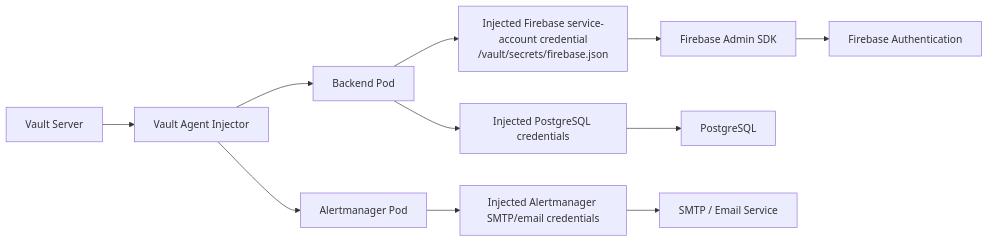
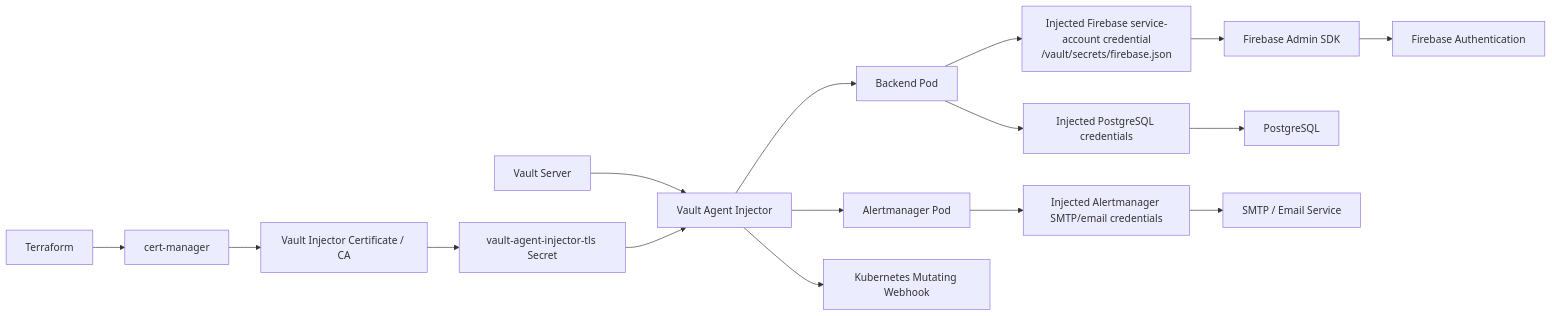
Before and after one commit to chaos-MK/ApplicationBib: the fourth of 9 diagrams in docs/threat-model/threat-model.md, drawn with Mermaid. The commit also changed other lines of this file, not shown here.

Commit message:
docs(architecture): add cert-manager to vault injector architecture

````diff
--- a/docs/threat-model/threat-model.md
+++ b/docs/threat-model/threat-model.md
@@ -573,17 +596,24 @@
 ```mermaid
 flowchart LR
     V[Vault Server] --> VAI[Vault Agent Injector]
 
     VAI --> BP[Backend Pod]
     VAI --> AM[Alertmanager Pod]
 
     BP --> FSEC["Injected Firebase service-account credential\n/vault/secrets/firebase.json"]
     FSEC --> FAS[Firebase Admin SDK]
     FAS --> FB[Firebase Authentication]
 
     BP --> DSEC["Injected PostgreSQL credentials"]
     DSEC --> DB[PostgreSQL]
 
     AM --> ASEC["Injected Alertmanager SMTP/email credentials"]
     ASEC --> SMTP[SMTP / Email Service]
+
+    %% cert-manager manages the Vault Agent Injector webhook TLS certificate
+    TF2[Terraform] --> CM2[cert-manager]
+    CM2 --> VIC2["Vault Injector Certificate / CA"]
+    VIC2 --> VITLS2["vault-agent-injector-tls Secret"]
+    VITLS2 --> VAI
+    VAI --> MWH2[Kubernetes Mutating Webhook]
 ```
````
